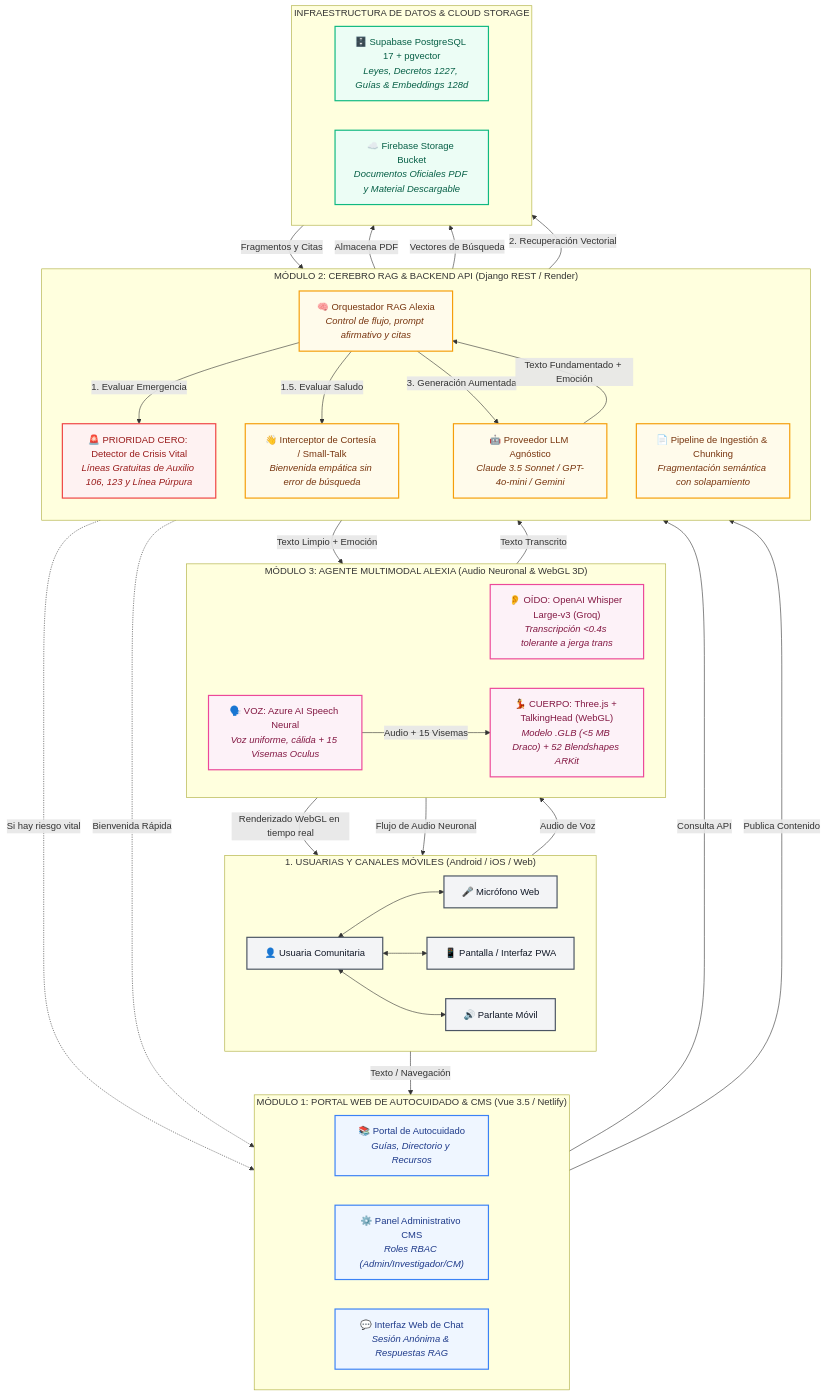
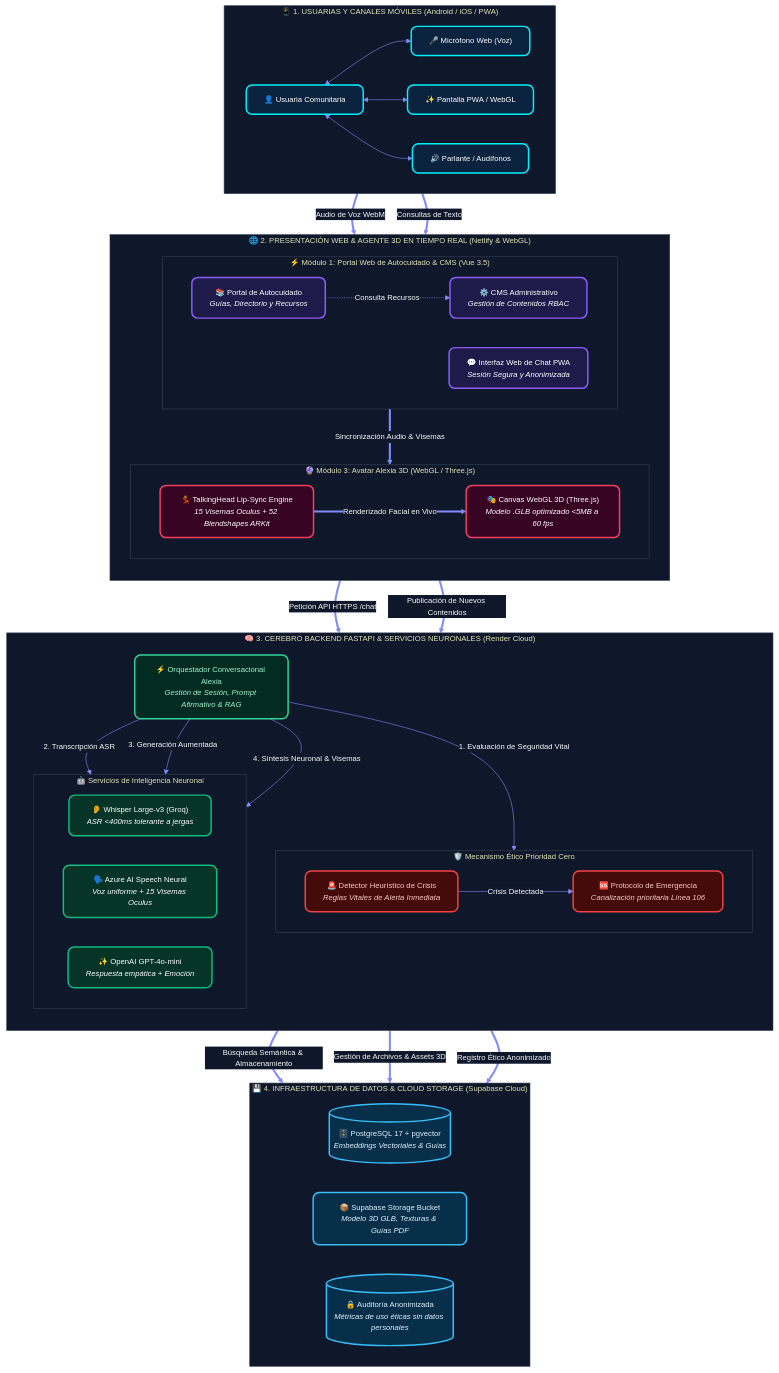
Before and after one commit to lxiadevproject-prog/lxia_be: the diagram in docs/propuestas/propuesta_integral_15m_transluz.md, drawn with Mermaid. The commit also changed 4 other files, not shown here.

Commit message:
style: update architecture diagram with modern cyber-dark palette and centered 4-tier stack

````diff
--- a/docs/propuestas/propuesta_integral_15m_transluz.md
+++ b/docs/propuestas/propuesta_integral_15m_transluz.md
@@ -27,81 +27,113 @@
 ```mermaid
+%%{init: {
+  'theme': 'base',
+  'themeVariables': {
+    'background': '#0A0F1D',
+    'primaryColor': '#111827',
+    'primaryTextColor': '#F9FAFB',
+    'primaryBorderColor': '#38BDF8',
+    'lineColor': '#818CF8',
+    'secondaryColor': '#0F172A',
+    'tertiaryColor': '#1E1B4B',
+    'clusterBkg': '#0F172A',
+    'clusterBorder': '#334155',
+    'defaultLinkColor': '#38BDF8',
+    'fontFamily': 'Inter, system-ui, -apple-system, sans-serif',
+    'fontSize': '13px'
+  }
+}}%%
 flowchart TD
-    %% Estilos Profesionales
-    classDef userClass fill:#F3F4F6,stroke:#4B5563,stroke-width:2px,color:#111827;
-    classDef m1Class fill:#EFF6FF,stroke:#3B82F6,stroke-width:2px,color:#1E3A8A;
-    classDef m3Class fill:#FDF2F8,stroke:#EC4899,stroke-width:2px,color:#831843;
-    classDef m2Class fill:#FFFBEB,stroke:#F59E0B,stroke-width:2px,color:#78350F;
-    classDef ethicsClass fill:#FEF2F2,stroke:#EF4444,stroke-width:2px,color:#991B1B;
-    classDef dataClass fill:#ECFDF5,stroke:#10B981,stroke-width:2px,color:#065F46;
+    %% Estilos Modernos Dark Cyber Pro (Vibrant Neon Glow)
+    classDef clientCard fill:#0C2340,stroke:#00F0FF,stroke-width:2.5px,color:#FFFFFF,rx:10px;
+    classDef m1Card fill:#1E1B4B,stroke:#8B5CF6,stroke-width:2.5px,color:#FFFFFF,rx:10px;
+    classDef m3Card fill:#380424,stroke:#F43F5E,stroke-width:2.5px,color:#FFFFFF,rx:10px;
+    classDef m2Card fill:#063528,stroke:#10B981,stroke-width:2.5px,color:#FFFFFF,rx:10px;
+    classDef orchCard fill:#022C22,stroke:#34D399,stroke-width:2.5px,color:#A7F3D0,rx:10px;
+    classDef crisisCard fill:#450A0A,stroke:#EF4444,stroke-width:2.5px,color:#FECACA,rx:10px;
+    classDef dataCard fill:#082F49,stroke:#38BDF8,stroke-width:2.5px,color:#E0F2FE,rx:10px;
 
-    subgraph SEC_USER ["1. USUARIAS Y CANALES MÓVILES (Android / iOS / Web)"]
+    %% 1. USUARIAS Y CANALES MÓVILES (TOP)
+    subgraph L1 ["📱 1. USUARIAS Y CANALES MÓVILES (Android / iOS / PWA)"]
         direction LR
         U["👤 Usuaria Comunitaria"]
-        MIC["🎤 Micrófono Web"]
-        UI["📱 Pantalla / Interfaz PWA"]
-        SPK["🔊 Parlante Móvil"]
+        MIC["🎤 Micrófono Web (Voz)"]
+        UI["✨ Pantalla PWA / WebGL"]
+        SPK["🔊 Parlante / Audífonos"]
         U <--> MIC
         U <--> UI
         U <--> SPK
     end
-    class U,MIC,UI,SPK userClass;
+    class U,MIC,UI,SPK clientCard;
 
-    subgraph SEC_FRONT ["MÓDULO 1: PORTAL WEB DE AUTOCUIDADO & CMS (Vue 3.5 / Netlify)"]
+    %% 2. PRESENTACIÓN WEB Y AGENTE VIRTUAL 3D
+    subgraph L2 ["🌐 2. PRESENTACIÓN WEB & AGENTE 3D EN TIEMPO REAL (Netlify & WebGL)"]
+        direction TB
+        subgraph M1_BOX ["⚡ Módulo 1: Portal Web de Autocuidado & CMS (Vue 3.5)"]
+            direction LR
+            PORTAL["📚 Portal de Autocuidado<br/><i>Guías, Directorio y Recursos</i>"]
+            CMS["⚙️ CMS Administrativo<br/><i>Gestión de Contenidos RBAC</i>"]
+            CHAT_UI["💬 Interfaz Web de Chat PWA<br/><i>Sesión Segura y Anonimizada</i>"]
+        end
+        subgraph M3_BOX ["🔮 Módulo 3: Avatar Alexia 3D (WebGL / Three.js)"]
+            direction LR
+            HEAD["💃 TalkingHead Lip-Sync Engine<br/><i>15 Visemas Oculus + 52 Blendshapes ARKit</i>"]
+            CANVAS["🎭 Canvas WebGL 3D (Three.js)<br/><i>Modelo .GLB optimizado <5MB a 60 fps</i>"]
+        end
+    end
+    class PORTAL,CMS,CHAT_UI m1Card;
+    class HEAD,CANVAS m3Card;
+
+    %% 3. CEREBRO BACKEND FASTAPI & IA NEURONAL
+    subgraph L3 ["🧠 3. CEREBRO BACKEND FASTAPI & SERVICIOS NEURONALES (Render Cloud)"]
+        direction TB
+        ORCH["⚡ Orquestador Conversacional Alexia<br/><i>Gestión de Sesión, Prompt Afirmativo & RAG</i>"]
+
+        subgraph ETHICS_ROW ["🛡️ Mecanismo Ético Prioridad Cero"]
+            direction LR
+            SAFETY["🚨 Detector Heurístico de Crisis<br/><i>Reglas Vitales de Alerta Inmediata</i>"]
+            LINE106["🆘 Protocolo de Emergencia<br/><i>Canalización prioritaria Línea 106</i>"]
+        end
+
+        subgraph AI_ROW ["🤖 Servicios de Inteligencia Neuronal"]
+            direction LR
+            WHISPER["👂 Whisper Large-v3 (Groq)<br/><i>ASR <400ms tolerante a jergas</i>"]
+            AZURE["🗣️ Azure AI Speech Neural<br/><i>Voz uniforme + 15 Visemas Oculus</i>"]
+            LLM["✨ OpenAI GPT-4o-mini<br/><i>Respuesta empática + Emoción</i>"]
+        end
+    end
+    class ORCH orchCard;
+    class WHISPER,AZURE,LLM m2Card;
+    class SAFETY,LINE106 crisisCard;
+
+    %% 4. CAPA DE DATOS Y STORAGE (BOTTOM)
+    subgraph L4 ["💾 4. INFRAESTRUCTURA DE DATOS & CLOUD STORAGE (Supabase Cloud)"]
         direction LR
-        PORTAL["📚 Portal de Autocuidado<br/><i>Guías, Directorio y Recursos</i>"]
-        CMS["⚙️ Panel Administrativo CMS<br/><i>Roles RBAC (Admin/Investigador/CM)</i>"]
-        CHAT_UI["💬 Interfaz Web de Chat<br/><i>Sesión Anónima & Respuestas RAG</i>"]
+        PGVECTOR[("🗄️ PostgreSQL 17 + pgvector<br/><i>Embeddings Vectoriales & Guías</i>")]
+        STORAGE["📦 Supabase Storage Bucket<br/><i>Modelo 3D GLB, Texturas & Guías PDF</i>"]
+        AUDIT[("🔒 Auditoría Anonimizada<br/><i>Métricas de uso éticas sin datos personales</i>")]
     end
-    class PORTAL,CMS,CHAT_UI m1Class;
+    class PGVECTOR,STORAGE,AUDIT dataCard;
 
-    subgraph SEC_M3 ["MÓDULO 3: AGENTE MULTIMODAL ALEXIA (Audio Neuronal & WebGL 3D)"]
-        direction LR
-        OIDO["👂 OÍDO: OpenAI Whisper Large-v3 (Groq)<br/><i>Transcripción <0.4s tolerante a jerga trans</i>"]
-        VOZ["🗣️ VOZ: Azure AI Speech Neural<br/><i>Voz uniforme, cálida + 15 Visemas Oculus</i>"]
-        CUERPO["💃 CUERPO: Three.js + TalkingHead (WebGL)<br/><i>Modelo .GLB (<5 MB Draco) + 52 Blendshapes ARKit</i>"]
-    end
-    class OIDO,VOZ,CUERPO m3Class;
+    %% CONEXIONES DE CAPA A CAPA (Columna Vertebral Perfecta)
+    MIC ==>|Audio de Voz WebM| CHAT_UI
+    UI ==>|Consultas de Texto| CHAT_UI
+    PORTAL -.->|Consulta Recursos| CMS
+    CHAT_UI ==>|Sincronización Audio & Visemas| HEAD
+    HEAD ==>|Renderizado Facial en Vivo| CANVAS
 
-    subgraph SEC_M2 ["MÓDULO 2: CEREBRO RAG & BACKEND API (Django REST / Render)"]
-        direction TB
-        CRISIS["🚨 PRIORIDAD CERO: Detector de Crisis Vital<br/><i>Líneas Gratuitas de Auxilio 106, 123 y Línea Púrpura</i>"]
-        GREET["👋 Interceptor de Cortesía / Small-Talk<br/><i>Bienvenida empática sin error de búsqueda</i>"]
-        ORCH["🧠 Orquestador RAG Alexia<br/><i>Control de flujo, prompt afirmativo y citas</i>"]
-        LLM["🤖 Proveedor LLM Agnóstico<br/><i>Claude 3.5 Sonnet / GPT-4o-mini / Gemini</i>"]
-        INGEST["📄 Pipeline de Ingestión & Chunking<br/><i>Fragmentación semántica con solapamiento</i>"]
-    end
-    class CRISIS ethicsClass;
-    class GREET,ORCH,LLM,INGEST m2Class;
+    %% Capa 2 a Capa 3
+    CHAT_UI ==>|Petición API HTTPS /chat| ORCH
+    CMS ==>|Publicación de Nuevos Contenidos| ORCH
 
-    subgraph SEC_DATA ["INFRAESTRUCTURA DE DATOS & CLOUD STORAGE"]
-        direction LR
-        SUPABASE["🗄️ Supabase PostgreSQL 17 + pgvector<br/><i>Leyes, Decretos 1227, Guías & Embeddings 128d</i>"]
-        STORAGE["☁️ Firebase Storage Bucket<br/><i>Documentos Oficiales PDF y Material Descargable</i>"]
-    end
-    class SUPABASE,STORAGE dataClass;
+    %% Enrutamiento Interno en Backend
+    ORCH -->|1. Evaluación de Seguridad Vital| SAFETY
+    SAFETY -->|Crisis Detectada| LINE106
+    ORCH -->|2. Transcripción ASR| WHISPER
+    ORCH -->|3. Generación Aumentada| LLM
+    ORCH -->|4. Síntesis Neuronal & Visemas| AZURE
 
-    %% Conexiones de Entrada
-    MIC -->|Audio de Voz| OIDO
-    OIDO -->|Texto Transcrito| ORCH
-    UI -->|Texto / Navegación| CHAT_UI
-    CHAT_UI -->|Consulta API| ORCH
-    CMS -->|Publica Contenido| INGEST
-    INGEST -->|Almacena PDF| STORAGE
-    INGEST -->|Vectores de Búsqueda| SUPABASE
-
-    %% Flujo RAG Interno
-    ORCH -->|1. Evaluar Emergencia| CRISIS
-    CRISIS -.->|Si hay riesgo vital| CHAT_UI
-    ORCH -->|1.5. Evaluar Saludo| GREET
-    GREET -.->|Bienvenida Rápida| CHAT_UI
-    ORCH -->|2. Recuperación Vectorial| SUPABASE
-    SUPABASE -->|Fragmentos y Citas| ORCH
-    ORCH -->|3. Generación Aumentada| LLM
-    LLM -->|Texto Fundamentado + Emoción| ORCH
-
-    %% Salida Multimodal
-    ORCH -->|Texto Limpio + Emoción| VOZ
-    VOZ -->|Audio + 15 Visemas| CUERPO
-    CUERPO -->|Renderizado WebGL en tiempo real| UI
-    VOZ -->|Flujo de Audio Neuronal| SPK
+    %% Capa 3 a Capa 4
+    ORCH ==>|Búsqueda Semántica & Almacenamiento| PGVECTOR
+    ORCH ==>|Gestión de Archivos & Assets 3D| STORAGE
+    ORCH ==>|Registro Ético Anonimizado| AUDIT
 ```
````
